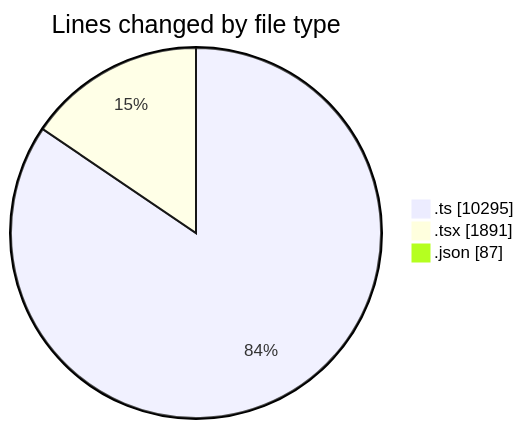
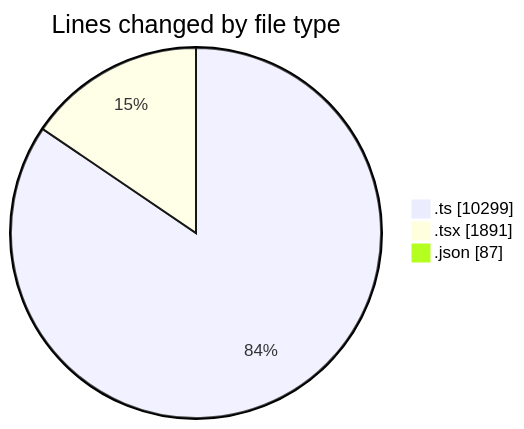
One commit to momahboobian/code-tracking changed the first of 2 diagrams in 2025-07-14/cda/README.md. Above: the diagram before and after it, drawn with Mermaid. The commit also changed other lines of this file and 1 other file, not shown here.

````diff
--- a/2025-07-14/cda/README.md
+++ b/2025-07-14/cda/README.md
@@ -29,7 +29,7 @@
 ```mermaid
 pie showData
 title Lines changed by file type
-".ts" : 10295
+".ts" : 10299
 ".tsx" : 1891
 ".json" : 87
 ```
````
